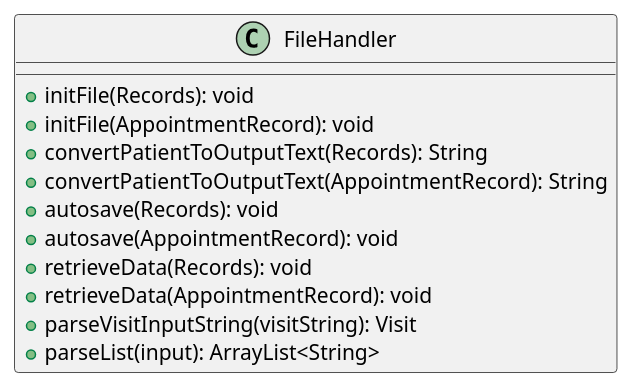
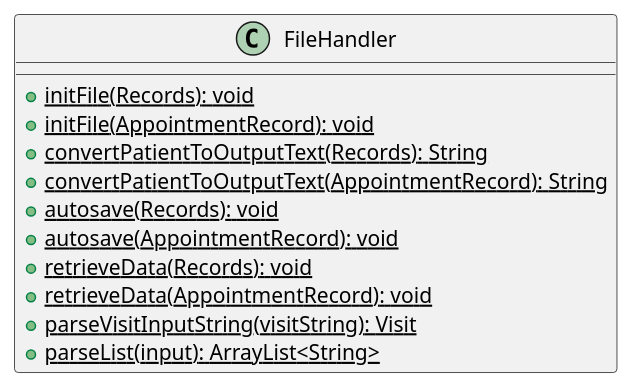
Before and after one commit to yentheng0110/tp: the diagram in docs/FileHandler.puml, drawn with PlantUML. The commit also changed 1 other file, not shown here.

Commit message:
updated class diagrams to show static

```diff
--- a/docs/FileHandler.puml
+++ b/docs/FileHandler.puml
@@ -1,17 +1,17 @@
 @startuml
 'https://plantuml.com/class-diagram
 
 class FileHandler {
-  +initFile(Records): void
-  +initFile(AppointmentRecord): void
-  +convertPatientToOutputText(Records): String
-  +convertPatientToOutputText(AppointmentRecord): String
-  +autosave(Records): void
-  +autosave(AppointmentRecord): void
-  +retrieveData(Records): void
-  +retrieveData(AppointmentRecord): void
-  +parseVisitInputString(visitString): Visit
-  +parseList(input): ArrayList<String>
+  +{static} initFile(Records): void
+  +{static} initFile(AppointmentRecord): void
+  +{static} convertPatientToOutputText(Records): String
+  +{static} convertPatientToOutputText(AppointmentRecord): String
+  +{static} autosave(Records): void
+  +{static} autosave(AppointmentRecord): void
+  +{static} retrieveData(Records): void
+  +{static} retrieveData(AppointmentRecord): void
+  +{static} parseVisitInputString(visitString): Visit
+  +{static} parseList(input): ArrayList<String>
 }
 
 @enduml
```
